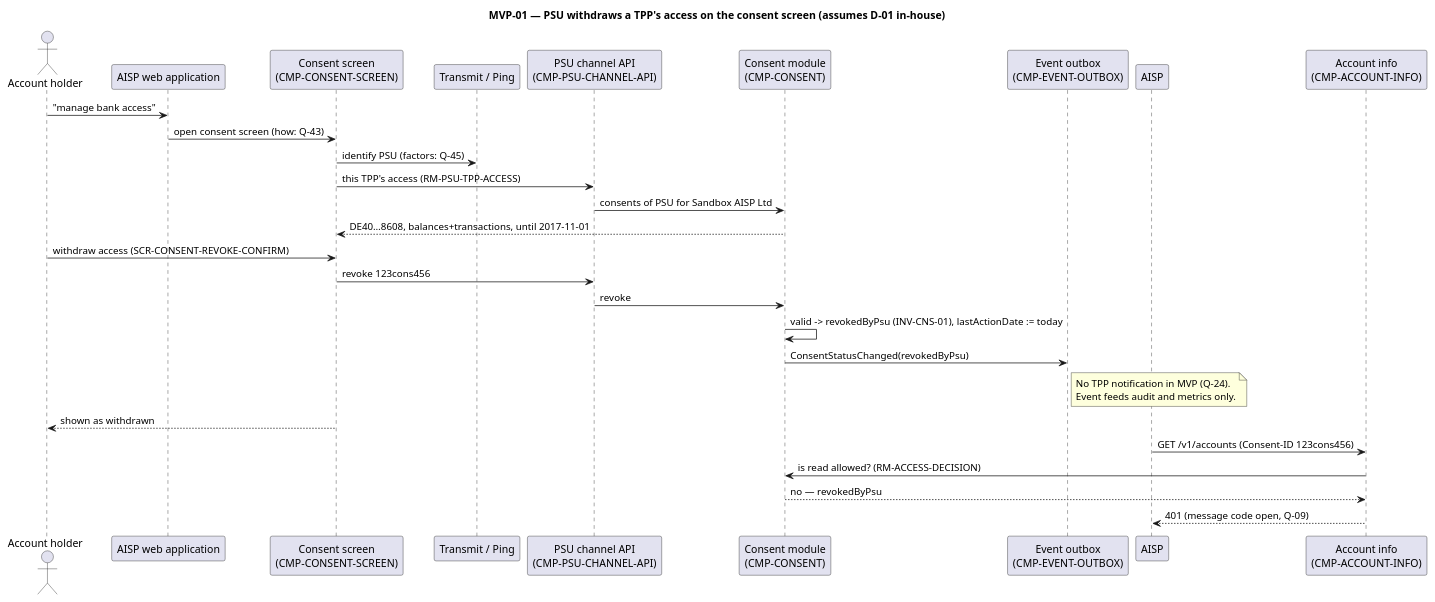
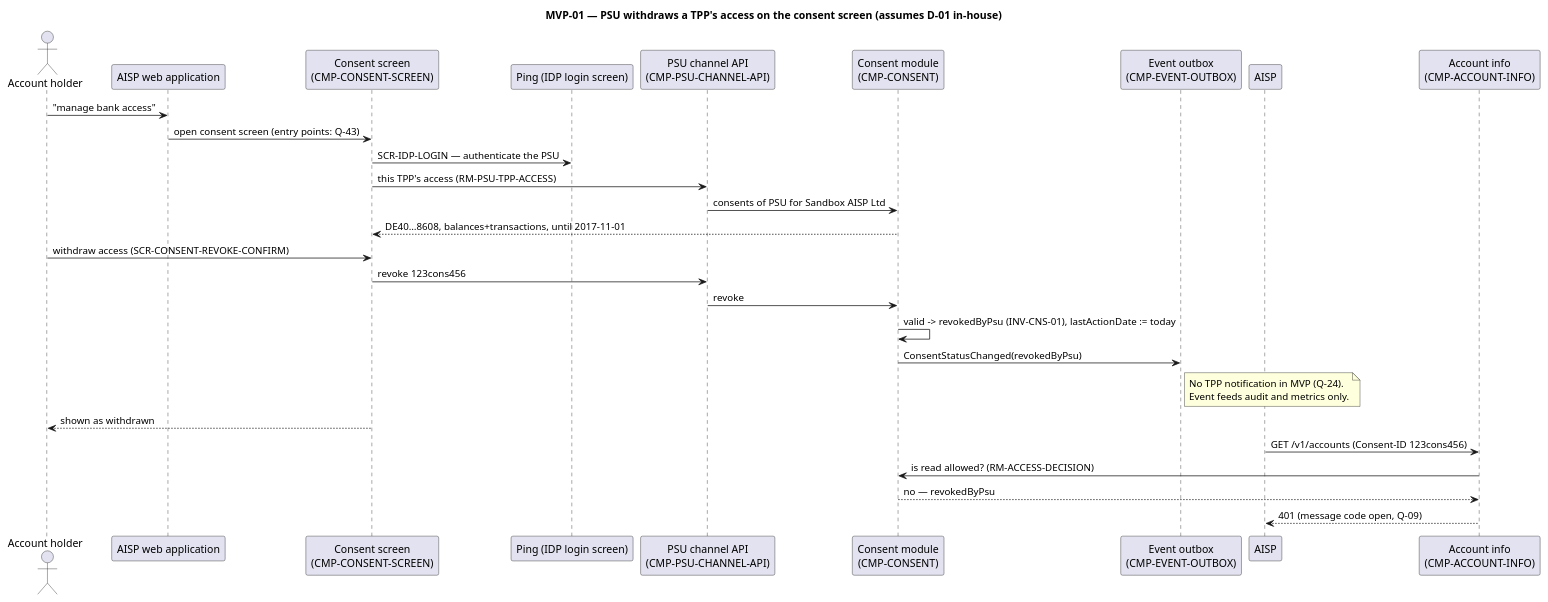
One commit to vondacho/psd2-sandbox changed the diagram in docs/system/uml/sequence/mvp-psu-revoke.puml. Above: the diagram before and after it, drawn with PlantUML. The commit also changed 33 other files, not shown here.

```diff
--- a/docs/system/uml/sequence/mvp-psu-revoke.puml
+++ b/docs/system/uml/sequence/mvp-psu-revoke.puml
@@ -1,37 +1,36 @@
 @startuml mvp-psu-revoke
 ' MVP-01: PSU withdraws a TPP's access on the consent screen. PROPOSAL, AI, 2026-09-19.
-' Iteration 3 (SRC-ADR 87c72b8): revocation moved from the mobile app to the consent screen
-' ("grant or revoke access", presented in the TPP web application). How the PSU reaches it is
-' open (Q-43); the provider (ASPSP gateway or Finologee) is D-01 — shown here in-house.
+' Iteration 4 (SRC-ADR 7ed3eb1): revocation happens on the consent screen in the web browser, after
+' the IDP login screen. Entry points are a proposal (Q-43); the provider is D-01 — shown in-house.
 ' Stories: STORY-PSU-REVOKE.
 title MVP-01 — PSU withdraws a TPP's access on the consent screen (assumes D-01 in-house)
 
 actor "Account holder" as PSU
 participant "AISP web application" as TPPW
 participant "Consent screen\n(CMP-CONSENT-SCREEN)" as CS
-participant "Transmit / Ping" as IAM
+participant "Ping (IDP login screen)" as IAM
 participant "PSU channel API\n(CMP-PSU-CHANNEL-API)" as CH
 participant "Consent module\n(CMP-CONSENT)" as CNS
 participant "Event outbox\n(CMP-EVENT-OUTBOX)" as OUT
 participant "AISP" as TPP
 participant "Account info\n(CMP-ACCOUNT-INFO)" as ACC
 
 PSU -> TPPW : "manage bank access"
-TPPW -> CS : open consent screen (how: Q-43)
-CS -> IAM : identify PSU (factors: Q-45)
+TPPW -> CS : open consent screen (entry points: Q-43)
+CS -> IAM : SCR-IDP-LOGIN — authenticate the PSU
 CS -> CH : this TPP's access (RM-PSU-TPP-ACCESS)
 CH -> CNS : consents of PSU for Sandbox AISP Ltd
 CNS --> CS : DE40…8608, balances+transactions, until 2017-11-01
 PSU -> CS : withdraw access (SCR-CONSENT-REVOKE-CONFIRM)
 CS -> CH : revoke 123cons456
 CH -> CNS : revoke
 CNS -> CNS : valid -> revokedByPsu (INV-CNS-01), lastActionDate := today
 CNS -> OUT : ConsentStatusChanged(revokedByPsu)
 note right of OUT : No TPP notification in MVP (Q-24).\nEvent feeds audit and metrics only.
 CS --> PSU : shown as withdrawn
 
 TPP -> ACC : GET /v1/accounts (Consent-ID 123cons456)
 ACC -> CNS : is read allowed? (RM-ACCESS-DECISION)
 CNS --> ACC : no — revokedByPsu
 ACC --> TPP : 401 (message code open, Q-09)
 @enduml
```
